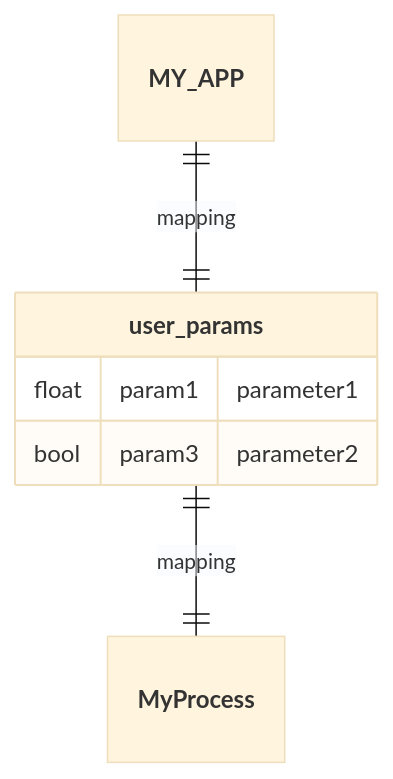
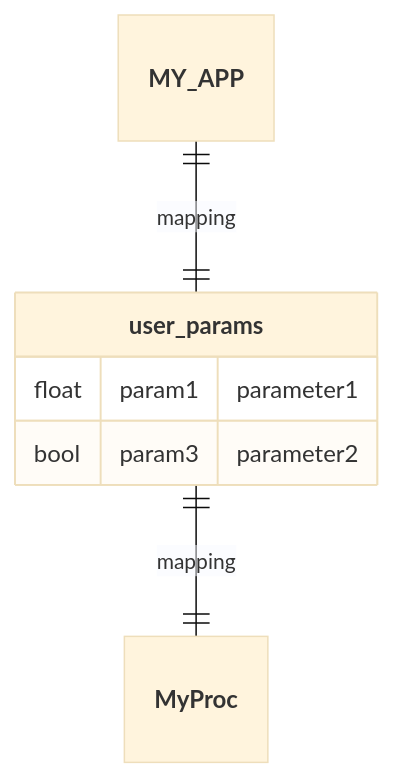
Before and after one commit to nuremics/nuremics: the sixth of 17 diagrams in README.md, drawn with Mermaid (base theme). The commit also changed other lines of this file, not shown here.

````diff
--- a/README.md
+++ b/README.md
@@ -200,10 +200,10 @@
 ```mermaid
 erDiagram
   **MY_APP** ||--|| **user_params** : mapping
-  **user_params** ||--|| **MyProcess** : mapping
+  **user_params** ||--|| **MyProc** : mapping
 
   **user_params** {
     float param1 "parameter1"
     bool param3 "parameter2"
   }
 ```
````
